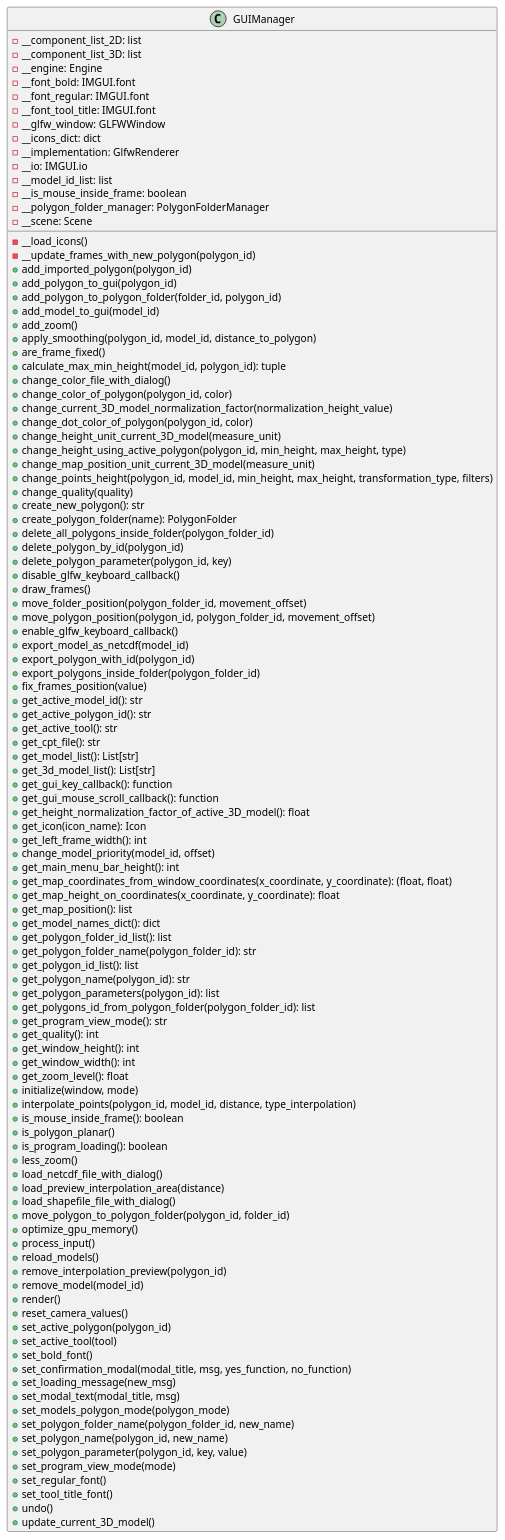
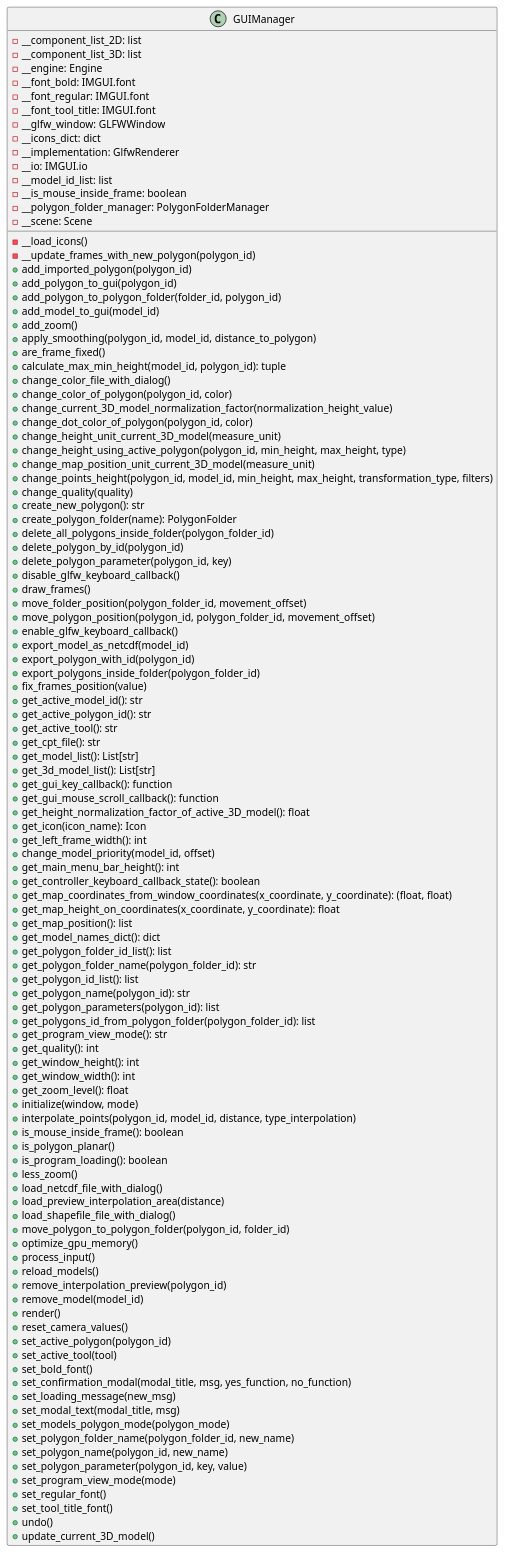
One commit to ferpoble2/Relief_Creator changed the diagram in docs/classes/GUIManager.puml. Above: the diagram before and after it, drawn with PlantUML. The commit also changed 5 other files, not shown here.

Commit message:
Fixed names to enable/disable keyboard callback on controller.

```diff
--- a/docs/classes/GUIManager.puml
+++ b/docs/classes/GUIManager.puml
@@ -1,113 +1,114 @@
 @startuml
 'https://plantuml.com/class-diagram
 class GUIManager{
     - __component_list_2D: list
     - __component_list_3D: list
     - __engine: Engine
     - __font_bold: IMGUI.font
     - __font_regular: IMGUI.font
     - __font_tool_title: IMGUI.font
     - __glfw_window: GLFWWindow
     - __icons_dict: dict
     - __implementation: GlfwRenderer
     - __io: IMGUI.io
     - __model_id_list: list
     - __is_mouse_inside_frame: boolean
     - __polygon_folder_manager: PolygonFolderManager
     - __scene: Scene
 
     - __load_icons()
     - __update_frames_with_new_polygon(polygon_id)
     + add_imported_polygon(polygon_id)
     + add_polygon_to_gui(polygon_id)
     + add_polygon_to_polygon_folder(folder_id, polygon_id)
     + add_model_to_gui(model_id)
     + add_zoom()
     + apply_smoothing(polygon_id, model_id, distance_to_polygon)
     + are_frame_fixed()
     + calculate_max_min_height(model_id, polygon_id): tuple
     + change_color_file_with_dialog()
     + change_color_of_polygon(polygon_id, color)
     + change_current_3D_model_normalization_factor(normalization_height_value)
     + change_dot_color_of_polygon(polygon_id, color)
     + change_height_unit_current_3D_model(measure_unit)
     + change_height_using_active_polygon(polygon_id, min_height, max_height, type)
     + change_map_position_unit_current_3D_model(measure_unit)
     + change_points_height(polygon_id, model_id, min_height, max_height, transformation_type, filters)
     + change_quality(quality)
     + create_new_polygon(): str
     + create_polygon_folder(name): PolygonFolder
     + delete_all_polygons_inside_folder(polygon_folder_id)
     + delete_polygon_by_id(polygon_id)
     + delete_polygon_parameter(polygon_id, key)
     + disable_glfw_keyboard_callback()
     + draw_frames()
     + move_folder_position(polygon_folder_id, movement_offset)
     + move_polygon_position(polygon_id, polygon_folder_id, movement_offset)
     + enable_glfw_keyboard_callback()
     + export_model_as_netcdf(model_id)
     + export_polygon_with_id(polygon_id)
     + export_polygons_inside_folder(polygon_folder_id)
     + fix_frames_position(value)
     + get_active_model_id(): str
     + get_active_polygon_id(): str
     + get_active_tool(): str
     + get_cpt_file(): str
     + get_model_list(): List[str]
     + get_3d_model_list(): List[str]
     + get_gui_key_callback(): function
     + get_gui_mouse_scroll_callback(): function
     + get_height_normalization_factor_of_active_3D_model(): float
     + get_icon(icon_name): Icon
     + get_left_frame_width(): int
     + change_model_priority(model_id, offset)
     + get_main_menu_bar_height(): int
+    + get_controller_keyboard_callback_state(): boolean
     + get_map_coordinates_from_window_coordinates(x_coordinate, y_coordinate): (float, float)
     + get_map_height_on_coordinates(x_coordinate, y_coordinate): float
     + get_map_position(): list
     + get_model_names_dict(): dict
     + get_polygon_folder_id_list(): list
     + get_polygon_folder_name(polygon_folder_id): str
     + get_polygon_id_list(): list
     + get_polygon_name(polygon_id): str
     + get_polygon_parameters(polygon_id): list
     + get_polygons_id_from_polygon_folder(polygon_folder_id): list
     + get_program_view_mode(): str
     + get_quality(): int
     + get_window_height(): int
     + get_window_width(): int
     + get_zoom_level(): float
     + initialize(window, mode)
     + interpolate_points(polygon_id, model_id, distance, type_interpolation)
     + is_mouse_inside_frame(): boolean
     + is_polygon_planar()
     + is_program_loading(): boolean
     + less_zoom()
     + load_netcdf_file_with_dialog()
     + load_preview_interpolation_area(distance)
     + load_shapefile_file_with_dialog()
     + move_polygon_to_polygon_folder(polygon_id, folder_id)
     + optimize_gpu_memory()
     + process_input()
     + reload_models()
     + remove_interpolation_preview(polygon_id)
     + remove_model(model_id)
     + render()
     + reset_camera_values()
     + set_active_polygon(polygon_id)
     + set_active_tool(tool)
     + set_bold_font()
     + set_confirmation_modal(modal_title, msg, yes_function, no_function)
     + set_loading_message(new_msg)
     + set_modal_text(modal_title, msg)
     + set_models_polygon_mode(polygon_mode)
     + set_polygon_folder_name(polygon_folder_id, new_name)
     + set_polygon_name(polygon_id, new_name)
     + set_polygon_parameter(polygon_id, key, value)
     + set_program_view_mode(mode)
     + set_regular_font()
     + set_tool_title_font()
     + undo()
     + update_current_3D_model()
 }
 @enduml
```
